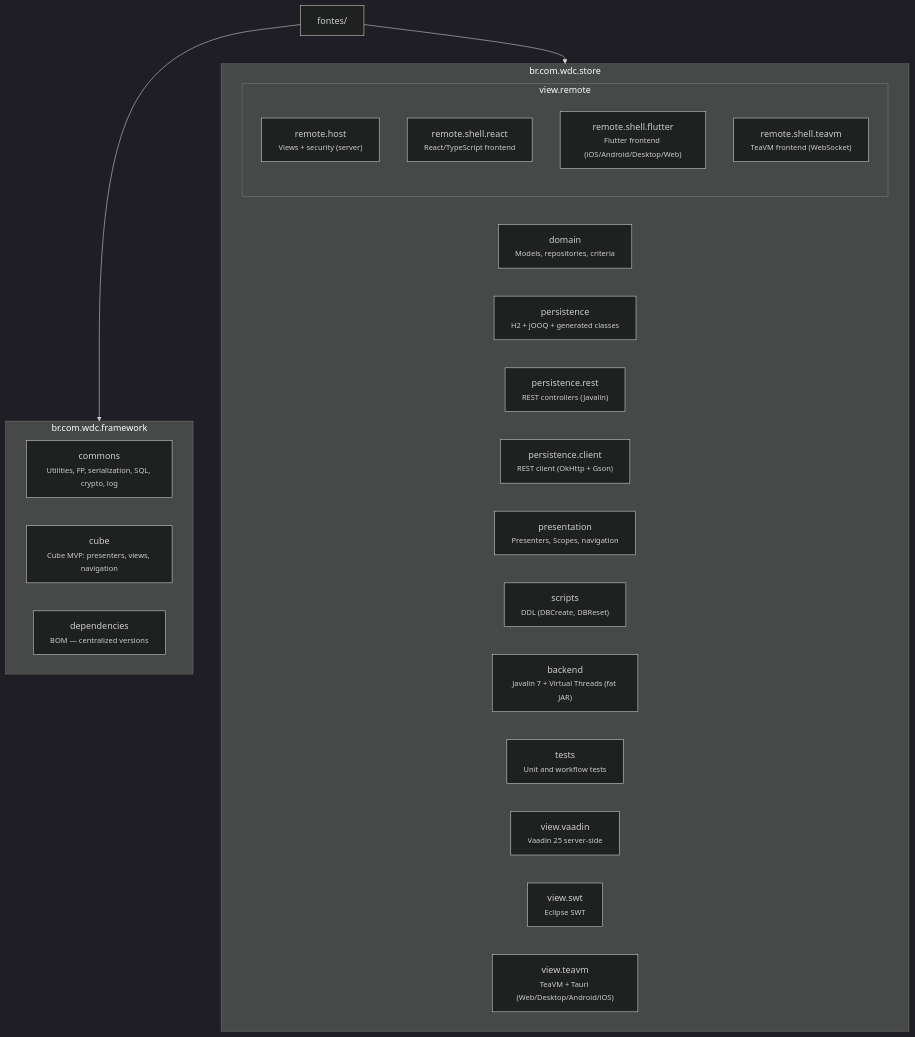
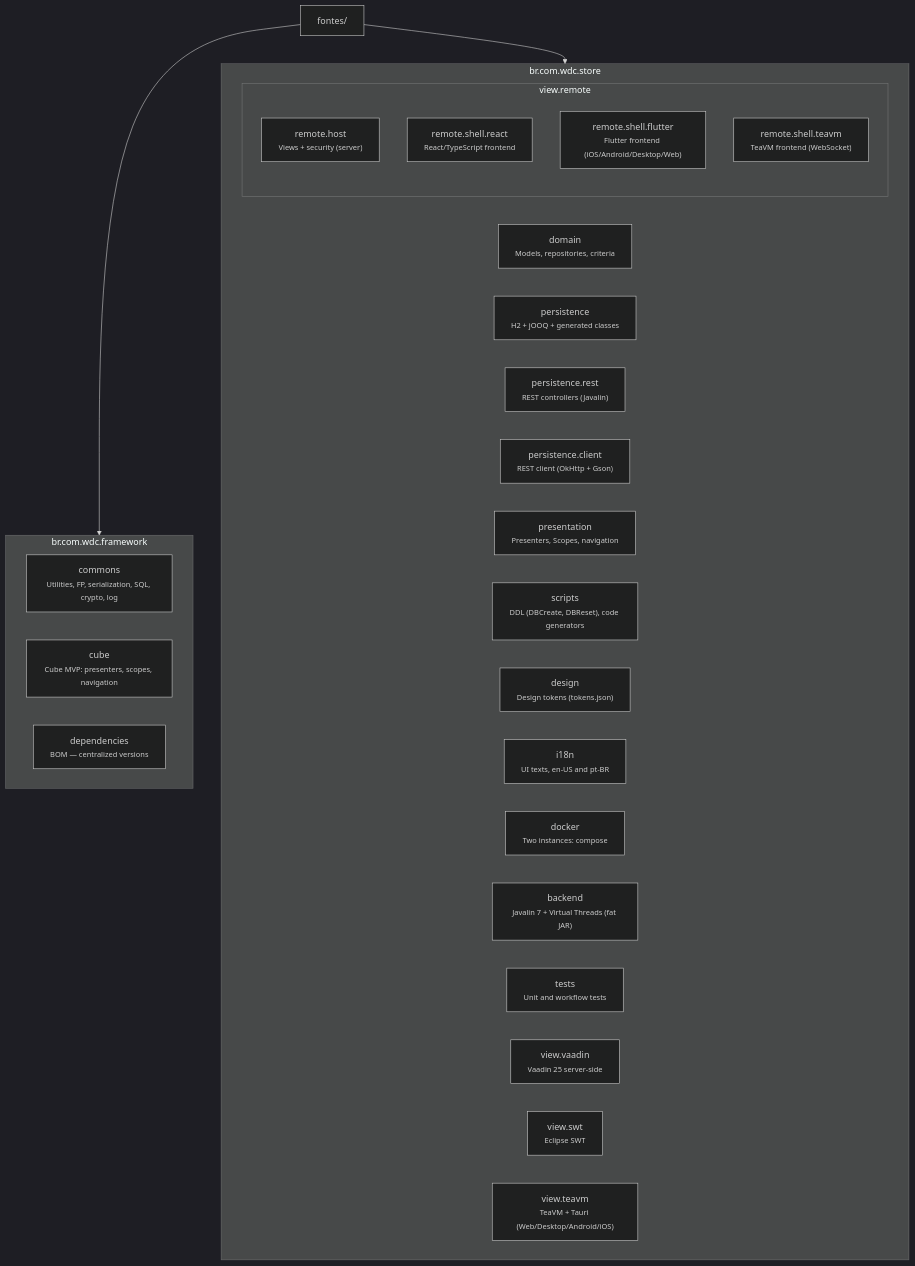
Before and after one commit to mrcdom/wdc-cube-java-v2: the second of 3 diagrams in README.md, drawn with Mermaid (dark theme). The commit also changed other lines of this file and 28 other files, not shown here.

````diff
--- a/README.md
+++ b/README.md
@@ -62,35 +66,38 @@
 ```mermaid
 graph TD
     fontes["fontes/"]
 
     subgraph Framework["br.com.wdc.framework"]
         commons["commons<br/><small>Utilities, FP, serialization, SQL, crypto, log</small>"]
-        cube["cube<br/><small>Cube MVP: presenters, views, navigation</small>"]
+        cube["cube<br/><small>Cube MVP: presenters, scopes, navigation</small>"]
         deps["dependencies<br/><small>BOM — centralized versions</small>"]
     end
 
     subgraph Store["br.com.wdc.store"]
         domain["domain<br/><small>Models, repositories, criteria</small>"]
         persistence["persistence<br/><small>H2 + jOOQ + generated classes</small>"]
         persistRest["persistence.rest<br/><small>REST controllers (Javalin)</small>"]
         persistClient["persistence.client<br/><small>REST client (OkHttp + Gson)</small>"]
         presentation["presentation<br/><small>Presenters, Scopes, navigation</small>"]
-        scripts["scripts<br/><small>DDL (DBCreate, DBReset)</small>"]
+        scripts["scripts<br/><small>DDL (DBCreate, DBReset), code generators</small>"]
+        design["design<br/><small>Design tokens (tokens.json)</small>"]
+        i18n["i18n<br/><small>UI texts, en-US and pt-BR</small>"]
+        docker["docker<br/><small>Two instances: compose</small>"]
         backend["backend<br/><small>Javalin 7 + Virtual Threads (fat JAR)</small>"]
         tests["tests<br/><small>Unit and workflow tests</small>"]
 
         subgraph ViewReact["view.remote"]
             reactHost["remote.host<br/><small>Views + security (server)</small>"]
             reactShellReact["remote.shell.react<br/><small>React/TypeScript frontend</small>"]
             reactShellFlutter["remote.shell.flutter<br/><small>Flutter frontend (iOS/Android/Desktop/Web)</small>"]
             reactShellTeavm["remote.shell.teavm<br/><small>TeaVM frontend (WebSocket)</small>"]
         end
 
         viewVaadin["view.vaadin<br/><small>Vaadin 25 server-side</small>"]
         viewSwt["view.swt<br/><small>Eclipse SWT</small>"]
         viewTeavm["view.teavm<br/><small>TeaVM + Tauri (Web/Desktop/Android/iOS)</small>"]
     end
 
     fontes --> Framework
     fontes --> Store
 ```
````
